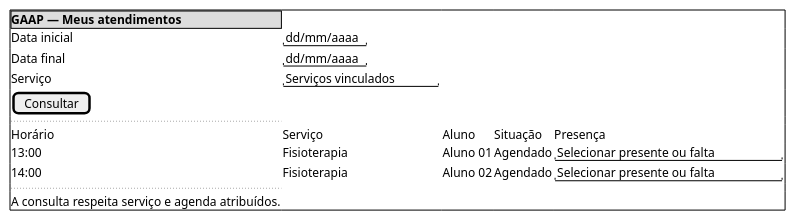
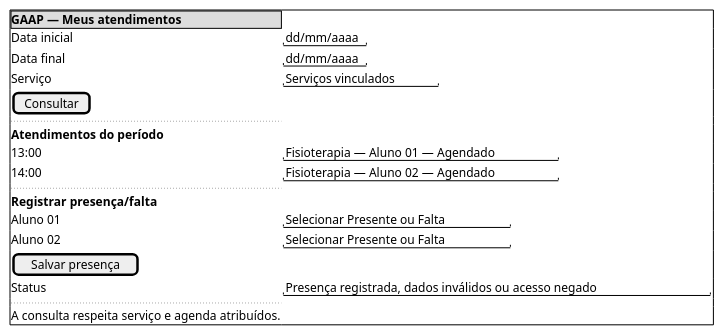
Before and after one commit to Projetos-de-Extensao/PECDII_26.2_8001_I: the fifth of 5 diagrams in docs/Iniciacao/prototipo_baixa_fidelidade.md, drawn with PlantUML. The commit also changed other lines of this file and 4 other files, not shown here.

````diff
--- a/docs/Iniciacao/prototipo_baixa_fidelidade.md
+++ b/docs/Iniciacao/prototipo_baixa_fidelidade.md
@@ -114,17 +113,23 @@
 ```plantuml
 @startsalt
 {+
   {* <b>GAAP — Meus atendimentos}
   Data inicial | "dd/mm/aaaa"
   Data final | "dd/mm/aaaa"
   Serviço | "Serviços vinculados"
   [Consultar]
   ..
-  Horário | Serviço | Aluno | Situação | Presença
-  13:00 | Fisioterapia | Aluno 01 | Agendado | "Selecionar presente ou falta"
-  14:00 | Fisioterapia | Aluno 02 | Agendado | "Selecionar presente ou falta"
+  <b>Atendimentos do período
+  13:00 | "Fisioterapia — Aluno 01 — Agendado"
+  14:00 | "Fisioterapia — Aluno 02 — Agendado"
+  ..
+  <b>Registrar presença/falta
+  Aluno 01 | "Selecionar Presente ou Falta"
+  Aluno 02 | "Selecionar Presente ou Falta"
+  [Salvar presença]
+  Status | "Presença registrada, dados inválidos ou acesso negado"
   ..
   A consulta respeita serviço e agenda atribuídos.
 }
 @endsalt
 ```
````
